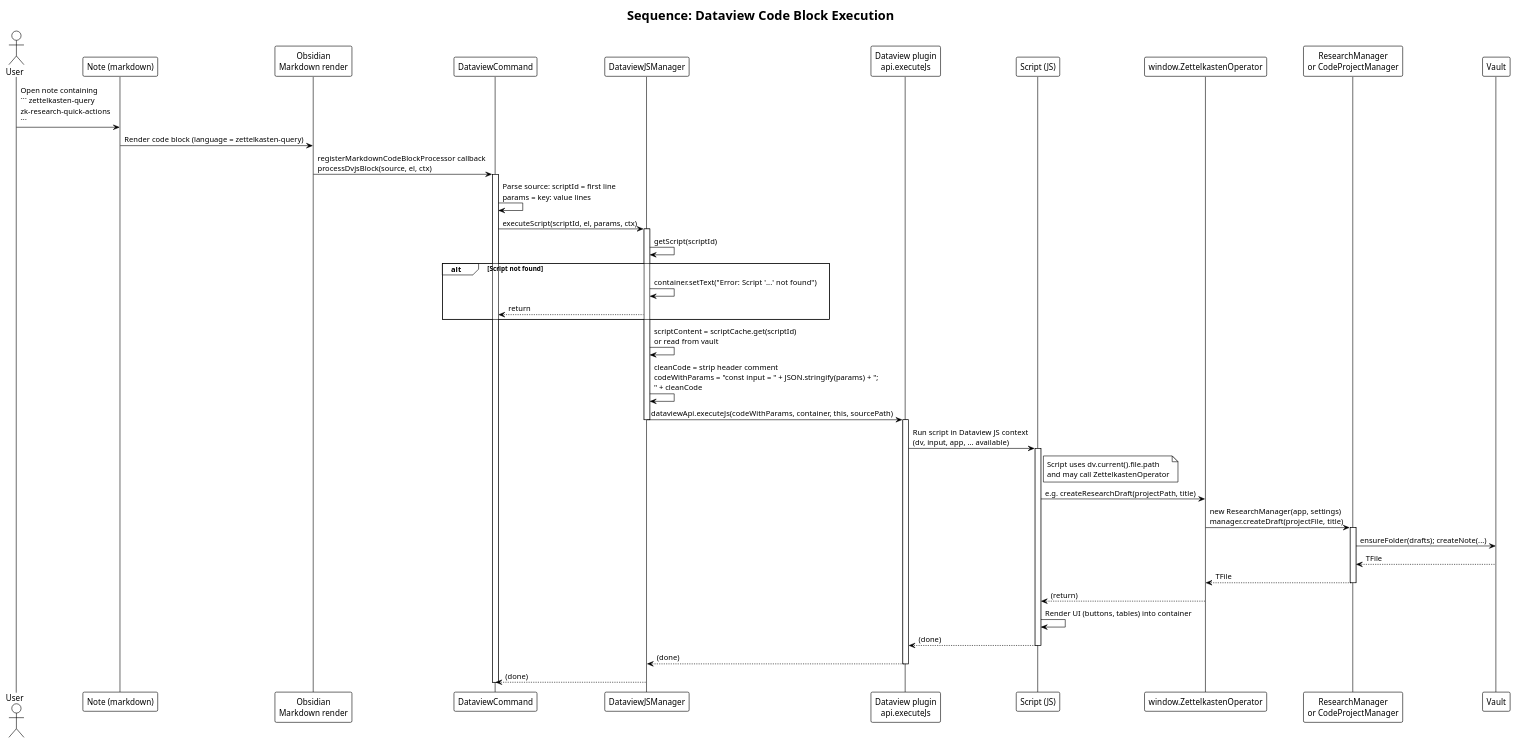
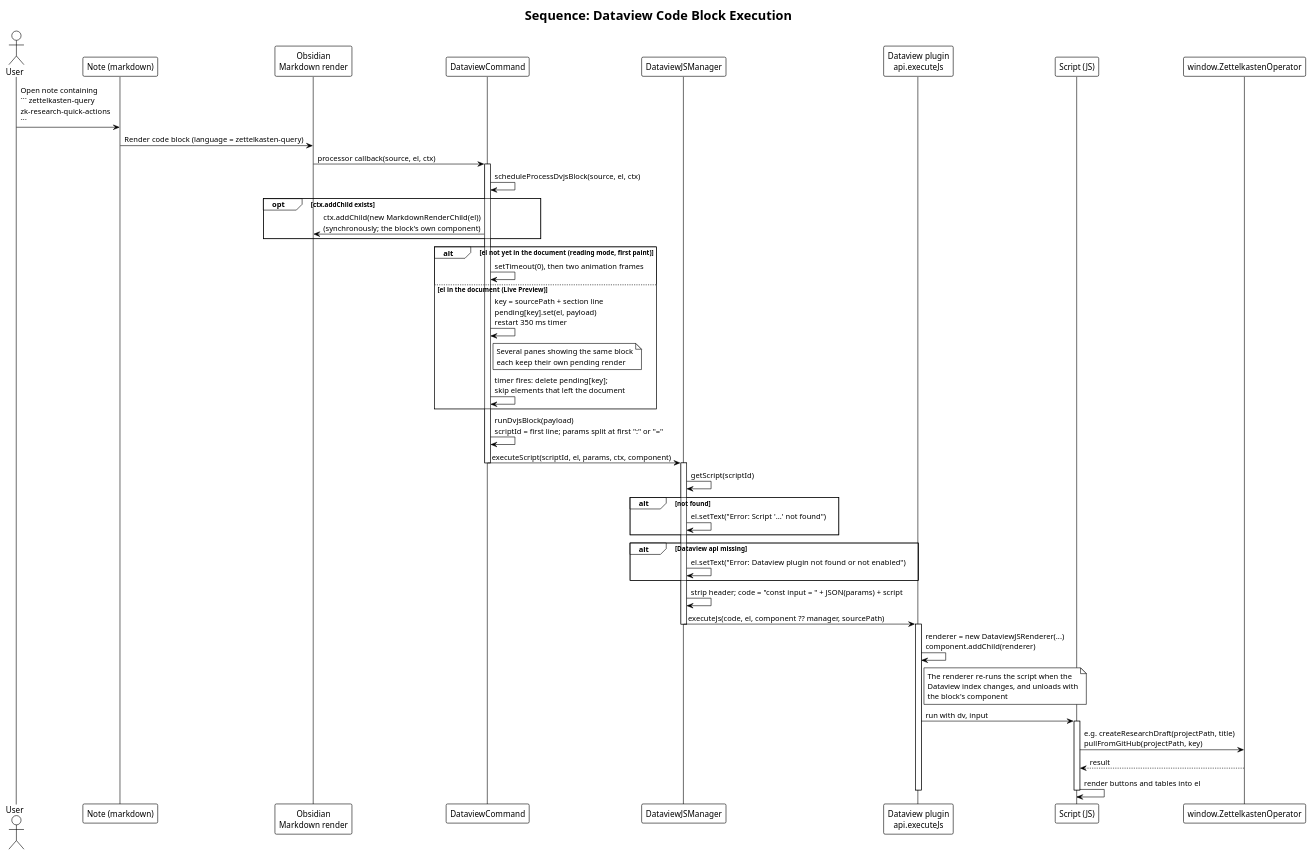
One commit to stone-home/Obsidian-Plugin-Zettelkasten-Note-Operator changed the diagram in docs/diagrams/sequence-dataview-execute.puml. Above: the diagram before and after it, drawn with PlantUML. The commit also changed 74 other files, not shown here.

````diff
--- a/docs/diagrams/sequence-dataview-execute.puml
+++ b/docs/diagrams/sequence-dataview-execute.puml
@@ -1,55 +1,56 @@
 @startuml sequence-dataview-execute
 !theme plain
 title Sequence: Dataview Code Block Execution
 
 actor User
 participant "Note (markdown)" as Note
 participant "Obsidian\nMarkdown render" as Render
 participant "DataviewCommand" as Cmd
 participant "DataviewJSManager" as Mgr
 participant "Dataview plugin\napi.executeJs" as DV
 participant "Script (JS)" as Script
 participant "window.ZettelkastenOperator" as API
-participant "ResearchManager\nor CodeProjectManager" as Manager
-participant "Vault" as Vault
 
 User -> Note : Open note containing\n``` zettelkasten-query\nzk-research-quick-actions\n```
 Note -> Render : Render code block (language = zettelkasten-query)
+Render -> Cmd : processor callback(source, el, ctx)
+activate Cmd
+Cmd -> Cmd : scheduleProcessDvjsBlock(source, el, ctx)
+opt ctx.addChild exists
+  Cmd -> Render : ctx.addChild(new MarkdownRenderChild(el))\n(synchronously; the block's own component)
+end
 
-Render -> Cmd : registerMarkdownCodeBlockProcessor callback\nprocessDvjsBlock(source, el, ctx)
-activate Cmd
-Cmd -> Cmd : Parse source: scriptId = first line\nparams = key: value lines
-Cmd -> Mgr : executeScript(scriptId, el, params, ctx)
+alt el not yet in the document (reading mode, first paint)
+  Cmd -> Cmd : setTimeout(0), then two animation frames
+else el in the document (Live Preview)
+  Cmd -> Cmd : key = sourcePath + section line\npending[key].set(el, payload)\nrestart 350 ms timer
+  note right of Cmd : Several panes showing the same block\neach keep their own pending render
+  Cmd -> Cmd : timer fires: delete pending[key];\nskip elements that left the document
+end
 
+Cmd -> Cmd : runDvjsBlock(payload)\nscriptId = first line; params split at first ":" or "="
+Cmd -> Mgr : executeScript(scriptId, el, params, ctx, component)
+deactivate Cmd
 activate Mgr
 Mgr -> Mgr : getScript(scriptId)
-alt Script not found
-  Mgr -> Mgr : container.setText("Error: Script '...' not found")
-  Mgr --> Cmd : return
+alt not found
+  Mgr -> Mgr : el.setText("Error: Script '...' not found")
 end
-Mgr -> Mgr : scriptContent = scriptCache.get(scriptId)\nor read from vault
-Mgr -> Mgr : cleanCode = strip header comment\ncodeWithParams = "const input = " + JSON.stringify(params) + ";\n" + cleanCode
-Mgr -> DV : dataviewApi.executeJs(codeWithParams, container, this, sourcePath)
+alt Dataview api missing
+  Mgr -> Mgr : el.setText("Error: Dataview plugin not found or not enabled")
+end
+Mgr -> Mgr : strip header; code = "const input = " + JSON(params) + script
+Mgr -> DV : executeJs(code, el, component ?? manager, sourcePath)
 deactivate Mgr
-
 activate DV
-DV -> Script : Run script in Dataview JS context\n(dv, input, app, ... available)
+DV -> DV : renderer = new DataviewJSRenderer(...)\ncomponent.addChild(renderer)
+note right of DV : The renderer re-runs the script when the\nDataview index changes, and unloads with\nthe block's component
+DV -> Script : run with dv, input
 activate Script
-note right of Script : Script uses dv.current().file.path\nand may call ZettelkastenOperator
-Script -> API : e.g. createResearchDraft(projectPath, title)
-API -> Manager : new ResearchManager(app, settings)\nmanager.createDraft(projectFile, title)
-activate Manager
-Manager -> Vault : ensureFolder(drafts); createNote(...)
-Vault --> Manager : TFile
-Manager --> API : TFile
-deactivate Manager
-API --> Script : (return)
-Script -> Script : Render UI (buttons, tables) into container
-Script --> DV : (done)
+Script -> API : e.g. createResearchDraft(projectPath, title)\npullFromGitHub(projectPath, key)
+API --> Script : result
+Script -> Script : render buttons and tables into el
 deactivate Script
-DV --> Mgr : (done)
 deactivate DV
-Mgr --> Cmd : (done)
-deactivate Cmd
 
 @enduml
````
